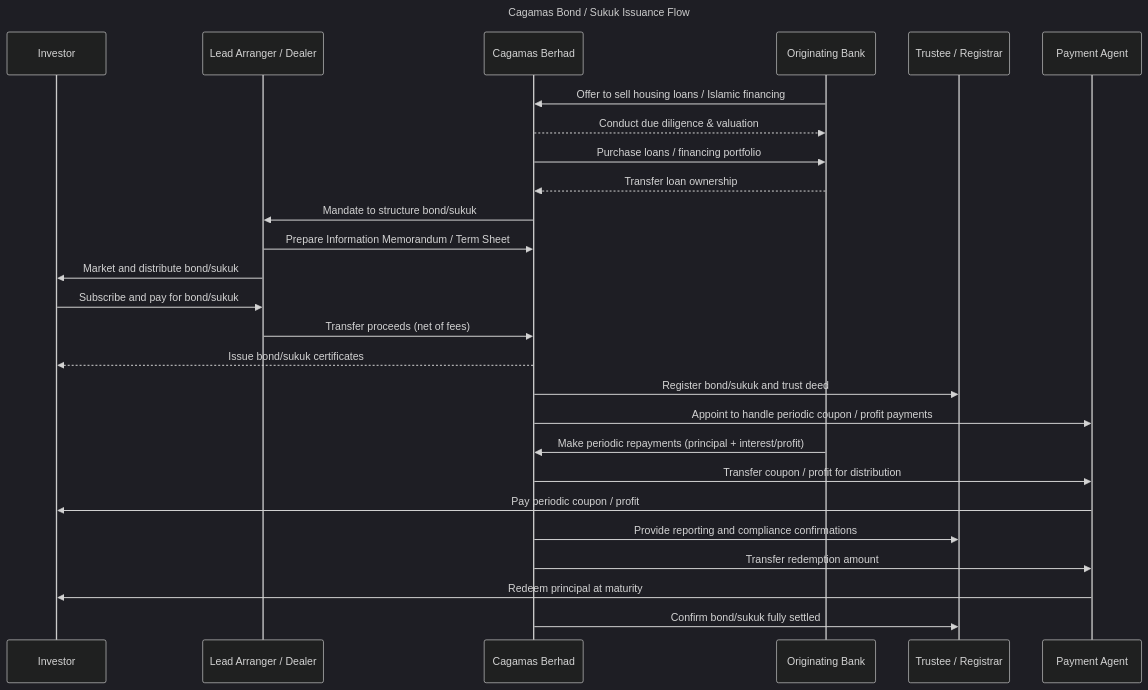
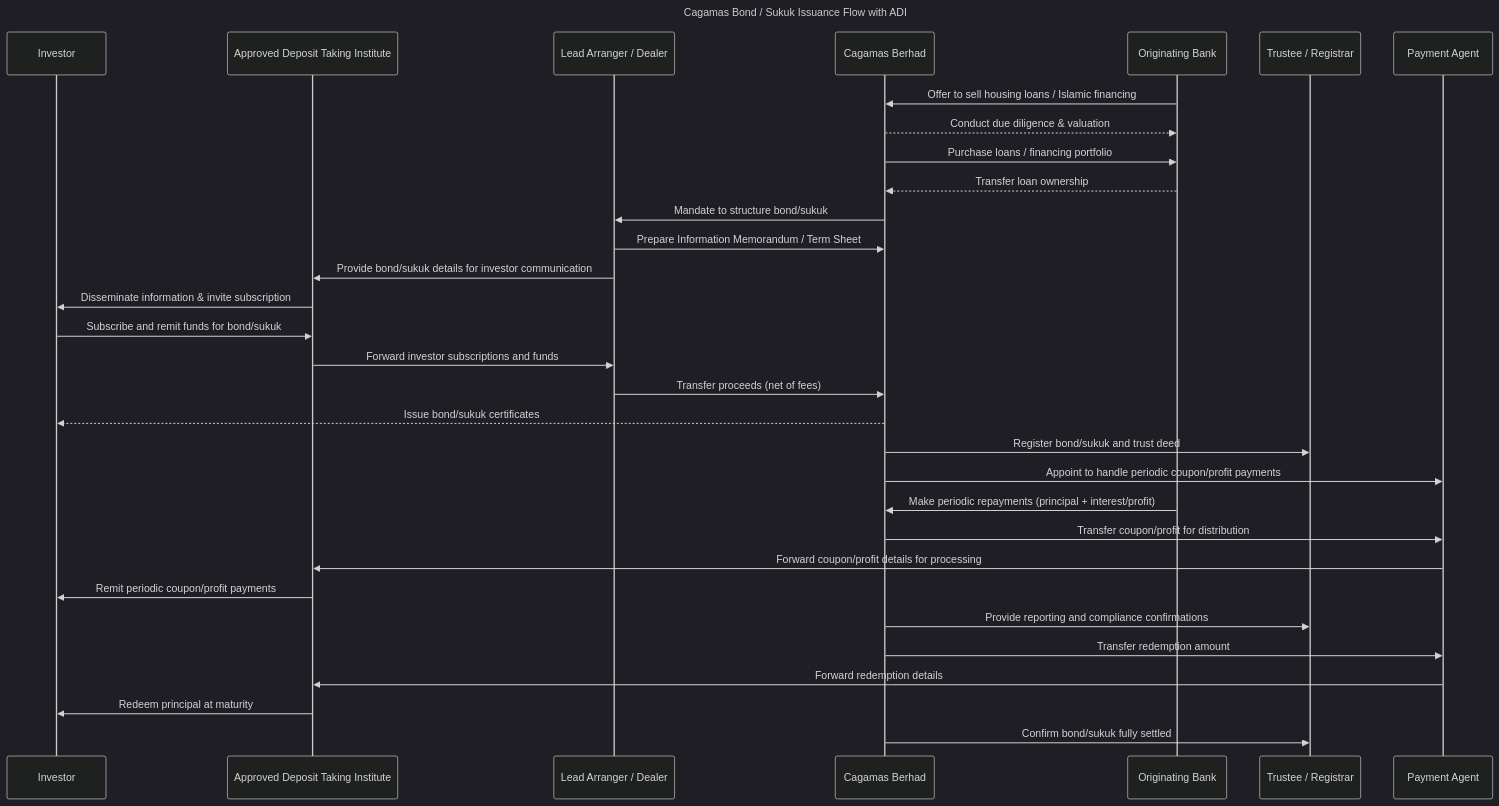
One commit to chooyee/bond-issue-sequence changed the diagram in cagamas.mmd. Above: the diagram before and after it, drawn with Mermaid (dark theme).

```diff
--- a/cagamas.mmd
+++ b/cagamas.mmd
@@ -1,36 +1,36 @@
 sequenceDiagram
-    title Cagamas Bond / Sukuk Issuance Flow
-
-    participant Investor
+    title Cagamas Bond / Sukuk Issuance Flow with ADI
+    participant Investor as Investor
+    participant ADI as Approved Deposit Taking Institute
     participant LeadArranger as Lead Arranger / Dealer
     participant Cagamas as Cagamas Berhad
     participant Originator as Originating Bank
     participant Trustee as Trustee / Registrar
     participant PaymentAgent as Payment Agent
-
     %% Phase 1: Loan Acquisition
     Originator->>Cagamas: Offer to sell housing loans / Islamic financing
     Cagamas-->>Originator: Conduct due diligence & valuation
     Cagamas->>Originator: Purchase loans / financing portfolio
     Originator-->>Cagamas: Transfer loan ownership
-
     %% Phase 2: Funding via Bond / Sukuk
     Cagamas->>LeadArranger: Mandate to structure bond/sukuk
     LeadArranger->>Cagamas: Prepare Information Memorandum / Term Sheet
-    LeadArranger->>Investor: Market and distribute bond/sukuk
-    Investor->>LeadArranger: Subscribe and pay for bond/sukuk
+    LeadArranger->>ADI: Provide bond/sukuk details for investor communication
+    ADI->>Investor: Disseminate information & invite subscription
+    Investor->>ADI: Subscribe and remit funds for bond/sukuk
+    ADI->>LeadArranger: Forward investor subscriptions and funds
     LeadArranger->>Cagamas: Transfer proceeds (net of fees)
     Cagamas-->>Investor: Issue bond/sukuk certificates
     Cagamas->>Trustee: Register bond/sukuk and trust deed
-    Cagamas->>PaymentAgent: Appoint to handle periodic coupon / profit payments
-
+    Cagamas->>PaymentAgent: Appoint to handle periodic coupon/profit payments
     %% Phase 3: Ongoing Management
     Originator->>Cagamas: Make periodic repayments (principal + interest/profit)
-    Cagamas->>PaymentAgent: Transfer coupon / profit for distribution
-    PaymentAgent->>Investor: Pay periodic coupon / profit
+    Cagamas->>PaymentAgent: Transfer coupon/profit for distribution
+    PaymentAgent->>ADI: Forward coupon/profit details for processing
+    ADI->>Investor: Remit periodic coupon/profit payments
     Cagamas->>Trustee: Provide reporting and compliance confirmations
-
     %% Phase 4: Maturity
     Cagamas->>PaymentAgent: Transfer redemption amount
-    PaymentAgent->>Investor: Redeem principal at maturity
+    PaymentAgent->>ADI: Forward redemption details
+    ADI->>Investor: Redeem principal at maturity
     Cagamas->>Trustee: Confirm bond/sukuk fully settled
```
